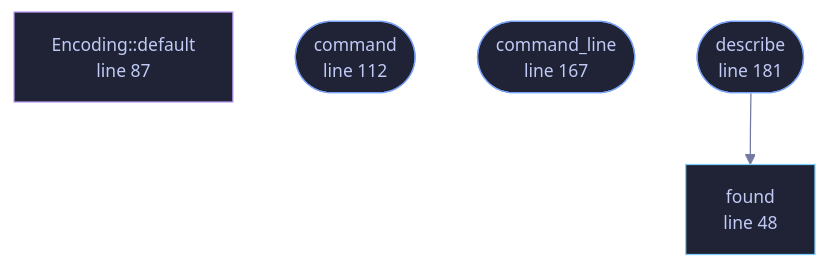
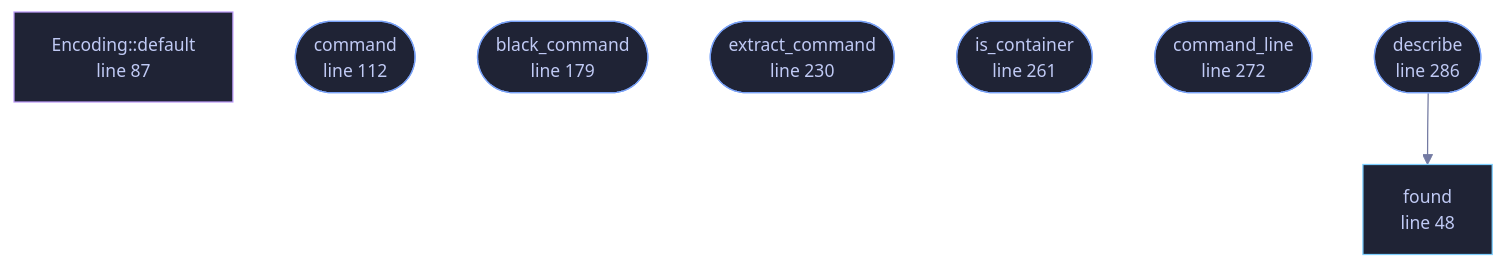
Before and after one commit to tilas01/veilvoice: the diagram in wiki/File-veilvoice-video-ffmpeg.md, drawn with Mermaid. The commit also changed other lines of this file and 31 other files, not shown here.

First line of the commit message:
cli: roadmap items 87, 88, 89 and 93, an interview from recording to video

````diff
--- a/wiki/File-veilvoice-video-ffmpeg.md
+++ b/wiki/File-veilvoice-video-ffmpeg.md
@@ -82,21 +85,27 @@
 ```mermaid
 %%{init: {"theme":"base","themeVariables":{"background":"#1a1b26","primaryColor":"#1f2335","primaryTextColor":"#c0caf5","primaryBorderColor":"#7aa2f7","secondaryColor":"#16161e","tertiaryColor":"#16161e","lineColor":"#737aa2","textColor":"#c0caf5","mainBkg":"#1f2335","nodeBorder":"#7aa2f7","clusterBkg":"#16161e","clusterBorder":"#2f3549","fontFamily":"ui-monospace, SFMono-Regular, Consolas, monospace","fontSize":"14px"}}}%%
 flowchart TD
     n_found["found<br/>line 48"]
     n_default["Encoding::default<br/>line 87"]
     n_command(["command<br/>line 112"])
-    n_command_line(["command_line<br/>line 167"])
-    n_describe(["describe<br/>line 181"])
+    n_black_command(["black_command<br/>line 179"])
+    n_extract_command(["extract_command<br/>line 230"])
+    n_is_container(["is_container<br/>line 261"])
+    n_command_line(["command_line<br/>line 272"])
+    n_describe(["describe<br/>line 286"])
     n_describe --> n_found
     click n_found href "https://github.com/tilas01/veilvoice/blob/main/crates/veilvoice-video/src/ffmpeg.rs#L48" "open the source"
     click n_default href "https://github.com/tilas01/veilvoice/blob/main/crates/veilvoice-video/src/ffmpeg.rs#L87" "open the source"
     click n_command href "https://github.com/tilas01/veilvoice/blob/main/crates/veilvoice-video/src/ffmpeg.rs#L112" "open the source"
-    click n_command_line href "https://github.com/tilas01/veilvoice/blob/main/crates/veilvoice-video/src/ffmpeg.rs#L167" "open the source"
-    click n_describe href "https://github.com/tilas01/veilvoice/blob/main/crates/veilvoice-video/src/ffmpeg.rs#L181" "open the source"
+    click n_black_command href "https://github.com/tilas01/veilvoice/blob/main/crates/veilvoice-video/src/ffmpeg.rs#L179" "open the source"
+    click n_extract_command href "https://github.com/tilas01/veilvoice/blob/main/crates/veilvoice-video/src/ffmpeg.rs#L230" "open the source"
+    click n_is_container href "https://github.com/tilas01/veilvoice/blob/main/crates/veilvoice-video/src/ffmpeg.rs#L261" "open the source"
+    click n_command_line href "https://github.com/tilas01/veilvoice/blob/main/crates/veilvoice-video/src/ffmpeg.rs#L272" "open the source"
+    click n_describe href "https://github.com/tilas01/veilvoice/blob/main/crates/veilvoice-video/src/ffmpeg.rs#L286" "open the source"
     classDef entry fill:#1f2335,stroke:#7aa2f7,color:#c0caf5
-    class n_command,n_command_line,n_describe entry
+    class n_command,n_black_command,n_extract_command,n_is_container,n_command_line,n_describe entry
     classDef api fill:#1f2335,stroke:#7dcfff,color:#c0caf5
     class n_found api
     classDef helper fill:#1f2335,stroke:#bb9af7,color:#c0caf5
     class n_default helper
 ```
````
